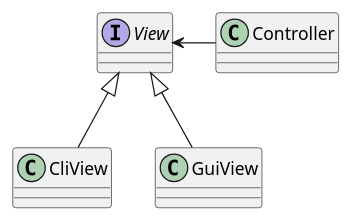
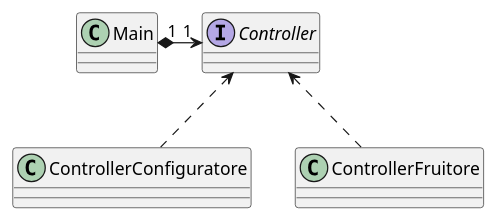
One commit to bernagit/IngegneriaSoftware changed the diagram in Documentation/refactoring/solid/open-closed.puml. Above: the diagram before and after it, drawn with PlantUML. The commit also changed 16 other files, not shown here.

```diff
--- a/Documentation/refactoring/solid/open-closed.puml
+++ b/Documentation/refactoring/solid/open-closed.puml
@@ -1,12 +1,10 @@
 @startuml
-interface "View" as view
-class "CliView" as cli
-class "GuiView" as gui
-class "Controller" as controller
+interface "Controller" as controller
+class "ControllerConfiguratore" as contrConfig
+class "ControllerFruitore" as contrFruitore
 
-cli -u-|> view
-gui -u-|> view
-controller -l-> view
-
+contrConfig .u.> controller
+contrFruitore .u.> controller
+controller "1" <-l* "1" Main
 
 @enduml
```
